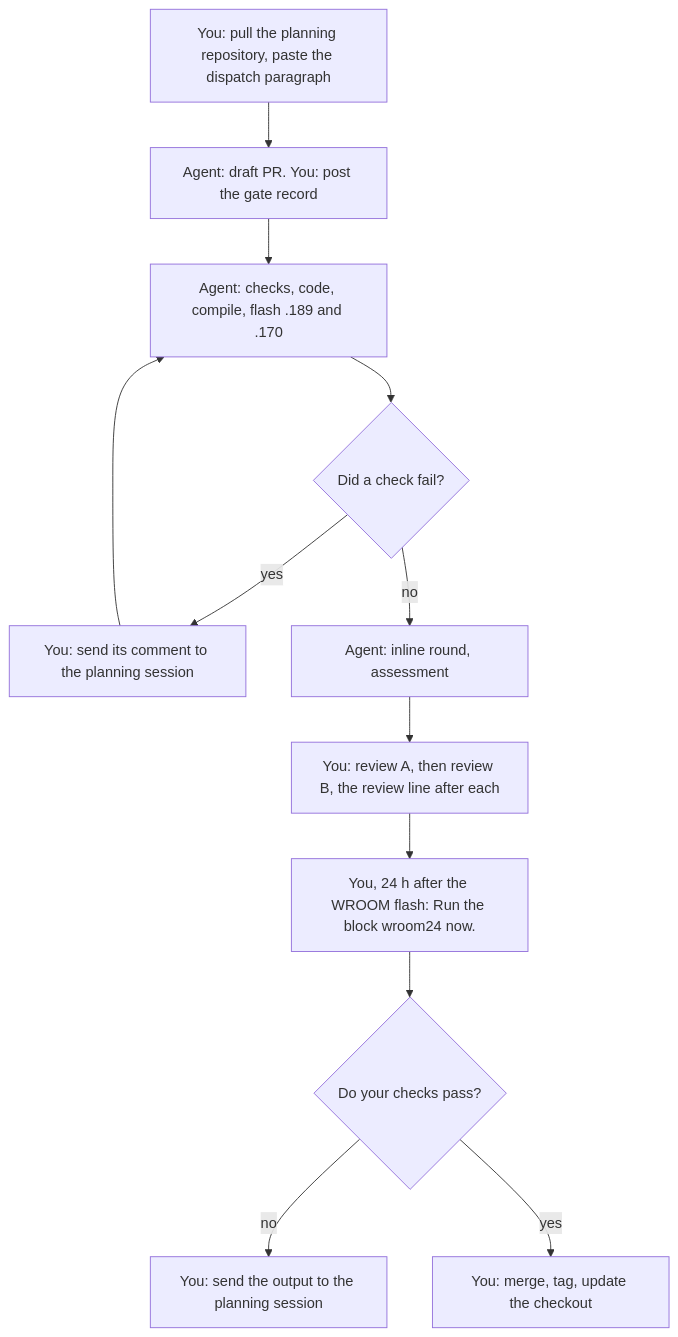
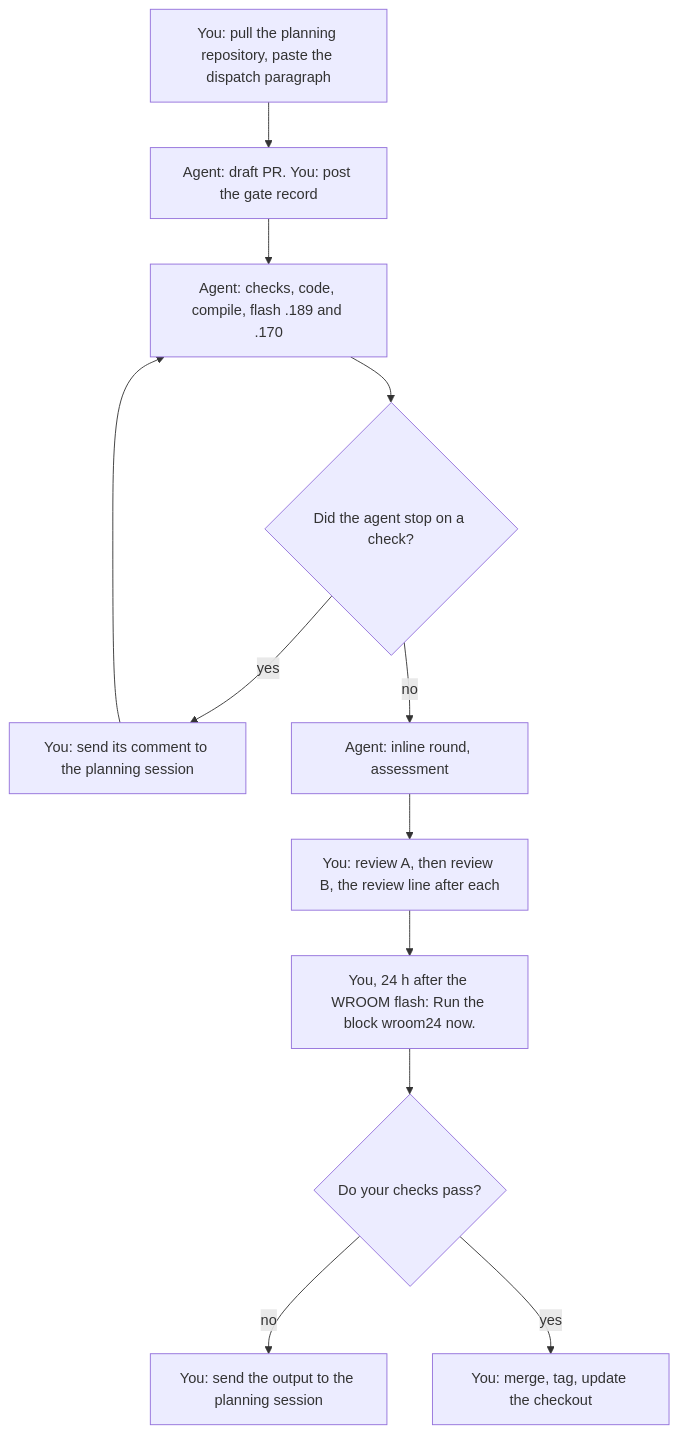
One commit to GCV-Sleeper-Service/ESP32-GW-multi-sensor changed the diagram in Docs/operator/R4-per-device-structs.md. Above: the diagram before and after it, drawn with Mermaid. The commit also changed other lines of this file and 35 other files, not shown here.

````diff
--- a/Docs/operator/R4-per-device-structs.md
+++ b/Docs/operator/R4-per-device-structs.md
@@ -61,14 +75,14 @@
 ```mermaid
 flowchart TD
     A["You: pull the planning repository, paste the dispatch paragraph"] --> B["Agent: draft PR. You: post the gate record"]
     B --> C["Agent: checks, code, compile, flash .189 and .170"]
-    C --> D{"Did a check fail?"}
+    C --> D{"Did the agent stop on a check?"}
     D -- "yes" --> E["You: send its comment to the planning session"]
     E --> C
     D -- "no" --> F["Agent: inline round, assessment"]
     F --> G["You: review A, then review B, the review line after each"]
     G --> H["You, 24 h after the WROOM flash: Run the block wroom24 now."]
     H --> I{"Do your checks pass?"}
     I -- "no" --> J["You: send the output to the planning session"]
     I -- "yes" --> K["You: merge, tag, update the checkout"]
 ```
````
